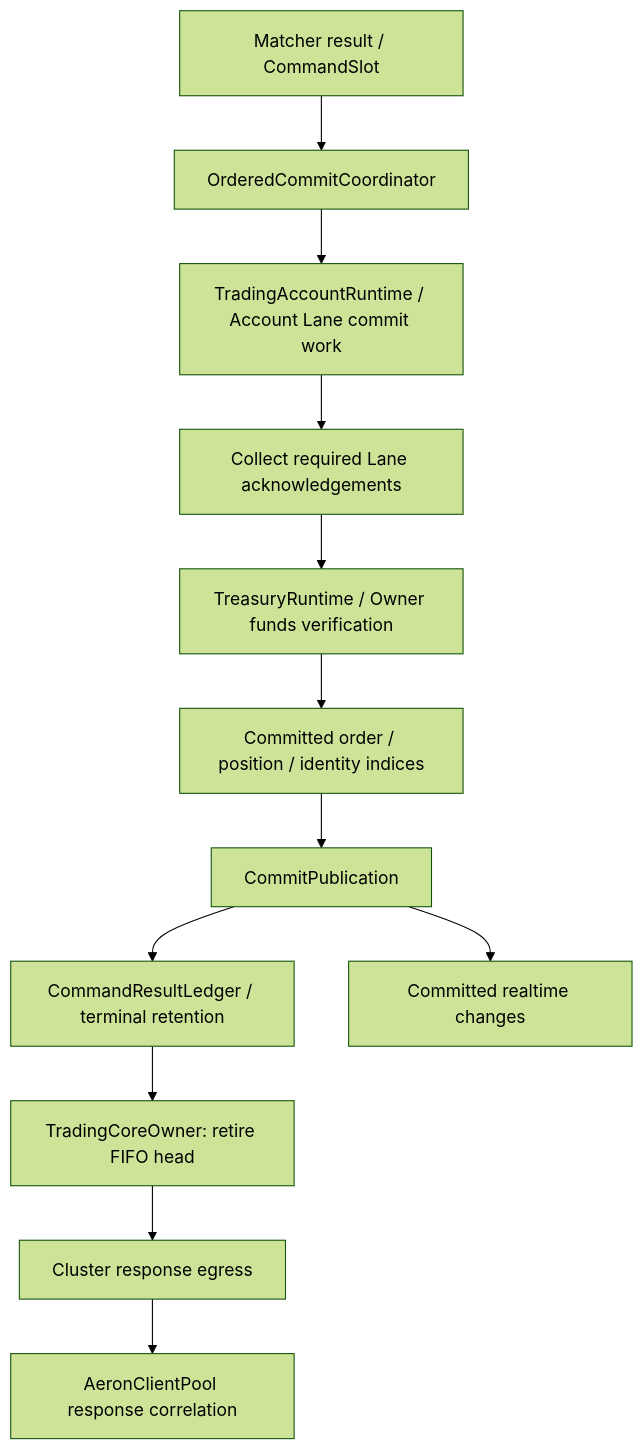
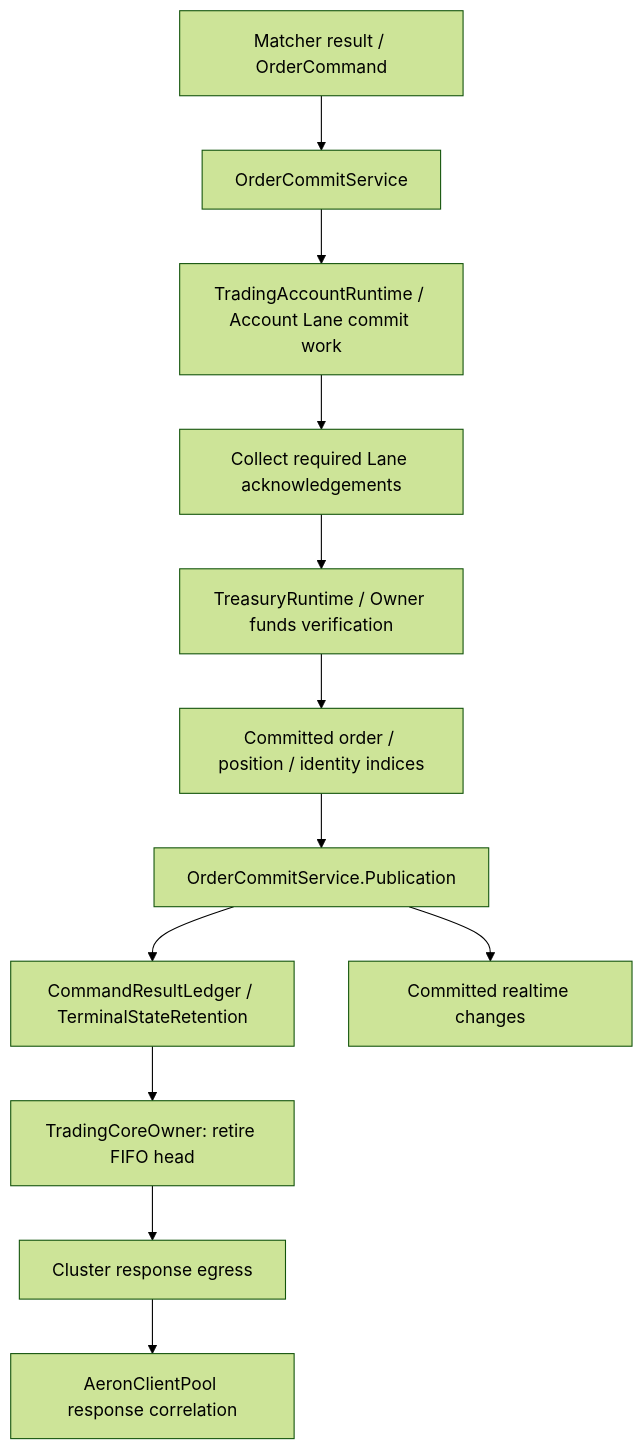
The seventh of 15 diagrams in README.md (lilaizhencn/surprising-ex), drawn with Mermaid (forest theme) before and after one commit. The commit also changed other lines of this file and 14 other files, not shown here.

First line of the commit message:
docs(aeron): align architecture docs with the current order path

````diff
--- a/README.md
+++ b/README.md
@@ -199,14 +198,14 @@
 ```mermaid
 flowchart TB
-    Matching[Matcher result / CommandSlot] --> OCC[OrderedCommitCoordinator]
+    Matching[Matcher result / OrderCommand] --> OCC[OrderCommitService]
     OCC --> Account[TradingAccountRuntime / Account Lane commit work]
     Account --> ACK[Collect required Lane acknowledgements]
     ACK --> Owner[TreasuryRuntime / Owner funds verification]
     Owner --> Indices[Committed order / position / identity indices]
-    Indices --> Publication[CommitPublication]
-    Publication --> Ledger[CommandResultLedger / terminal retention]
+    Indices --> Publication[OrderCommitService.Publication]
+    Publication --> Ledger[CommandResultLedger / TerminalStateRetention]
     Publication --> Live[Committed realtime changes]
     Ledger --> Retirement[TradingCoreOwner: retire FIFO head]
     Retirement --> Egress[Cluster response egress]
     Egress --> Client[AeronClientPool response correlation]
 ```
````
